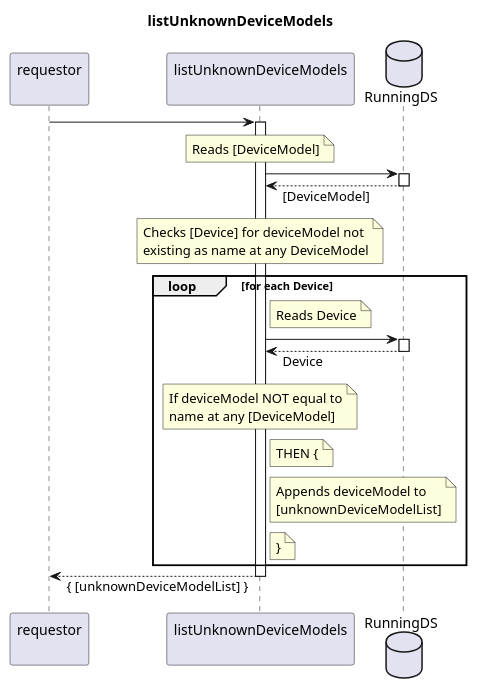
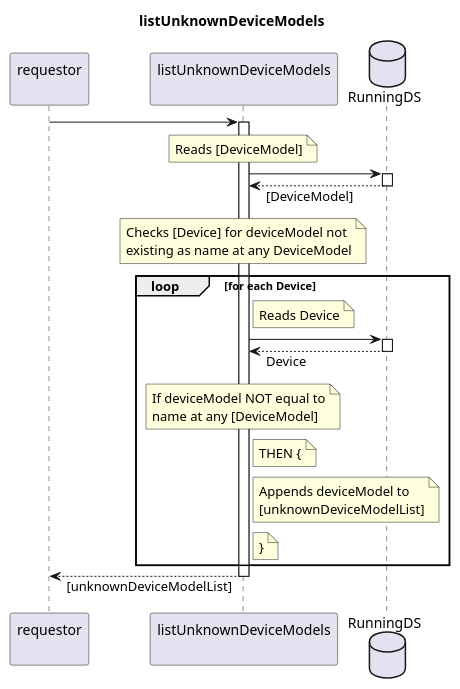
The diagram in spec/Services/listUnknownDeviceModels/1.0.0/listUnknownDeviceModels.plantuml (openBackhaul/FirmWareManager), drawn with PlantUML before and after one commit. The commit also changed 27 other files, not shown here.

```diff
--- a/spec/Services/listUnknownDeviceModels/1.0.0/listUnknownDeviceModels.plantuml
+++ b/spec/Services/listUnknownDeviceModels/1.0.0/listUnknownDeviceModels.plantuml
@@ -1,54 +1,54 @@
 @startuml listUnknownDeviceModels
 skinparam responseMessageBelowArrow true
 
 title
   listUnknownDeviceModels
 end title
 
 participant "requestor\n" as requestor
 participant "listUnknownDeviceModels\n" as indServ
 database "RunningDS" as RunDS
 
 requestor -> indServ
 activate indServ
 
   note over indServ
     Reads [DeviceModel]
   end note
   indServ -> RunDS
   activate RunDS
   indServ <-- RunDS: [DeviceModel]
   deactivate RunDS
 
   note over indServ
     Checks [Device] for deviceModel not
     existing as name at any DeviceModel
   end note
   loop for each Device
     note right indServ
       Reads Device
     end note
     indServ -> RunDS
     activate RunDS
     indServ <-- RunDS: Device
     deactivate RunDS
     note over indServ
       If deviceModel NOT equal to
       name at any [DeviceModel]
     end note
     note right indServ
       THEN {
     end note
     note right indServ
       Appends deviceModel to
       [unknownDeviceModelList]
     end note
     note right indServ
       }
     end note
   end loop
 
-requestor <-- indServ: { [unknownDeviceModelList] }
+requestor <-- indServ: [unknownDeviceModelList]
 deactivate indServ
 
 @enduml
```
